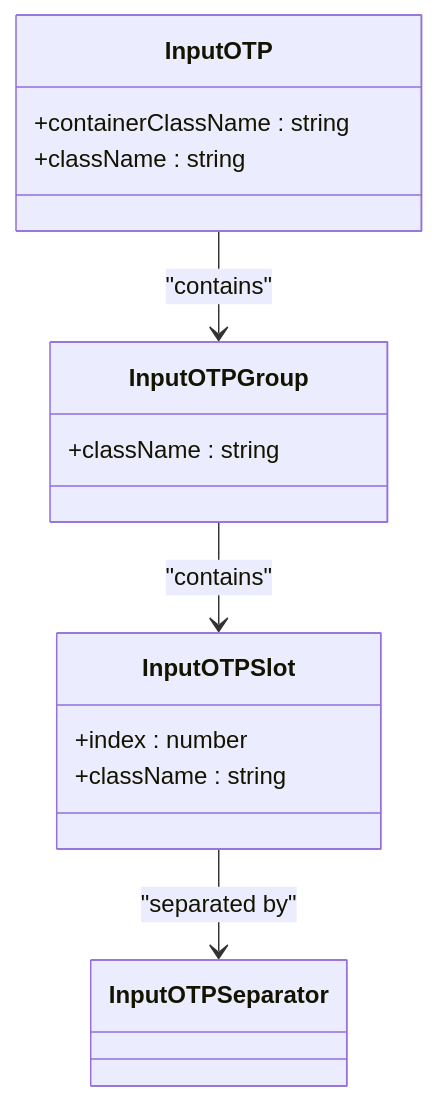
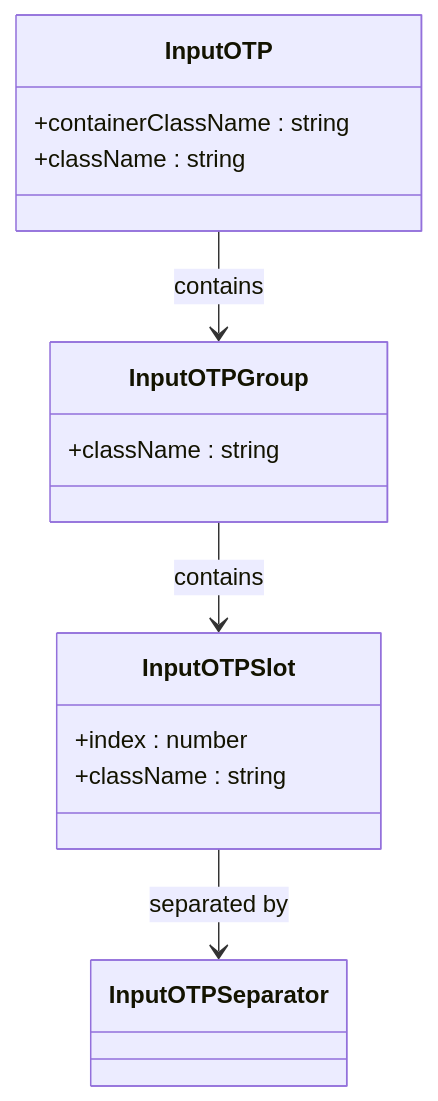
The first of 5 diagrams in .qoder/repowiki/en/content/Component Reference/UI Component Library/Input Components.md (mohjak/sc-dof), drawn with Mermaid before and after one commit. The commit also changed other lines of this file and 68 other files, not shown here.

First line of the commit message:
docs(docs): update component architecture docs with markdown formatting fixes

````diff
--- a/.qoder/repowiki/en/content/Component Reference/UI Component Library/Input Components.md
+++ b/.qoder/repowiki/en/content/Component Reference/UI Component Library/Input Components.md
@@ -56,19 +54,19 @@
 ```mermaid
 classDiagram
 class InputOTP {
 +containerClassName : string
 +className : string
 }
 class InputOTPGroup {
 +className : string
 }
 class InputOTPSlot {
 +index : number
 +className : string
 }
 class InputOTPSeparator {
 }
-InputOTP --> InputOTPGroup : "contains"
-InputOTPGroup --> InputOTPSlot : "contains"
-InputOTPSlot --> InputOTPSeparator : "separated by"
+InputOTP --> InputOTPGroup : contains
+InputOTPGroup --> InputOTPSlot : contains
+InputOTPSlot --> InputOTPSeparator : separated by
 ```
````
